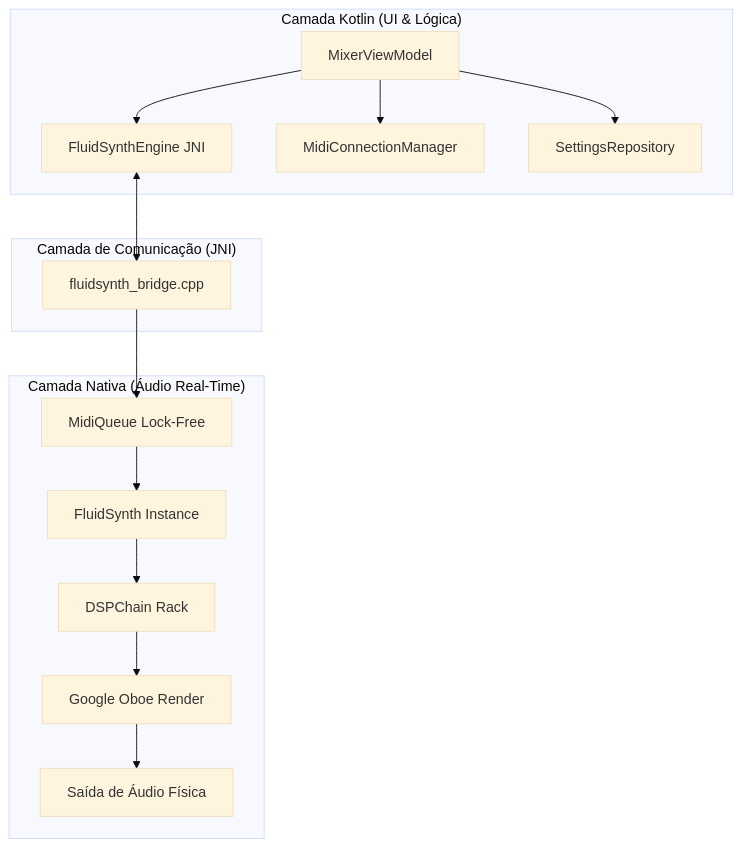
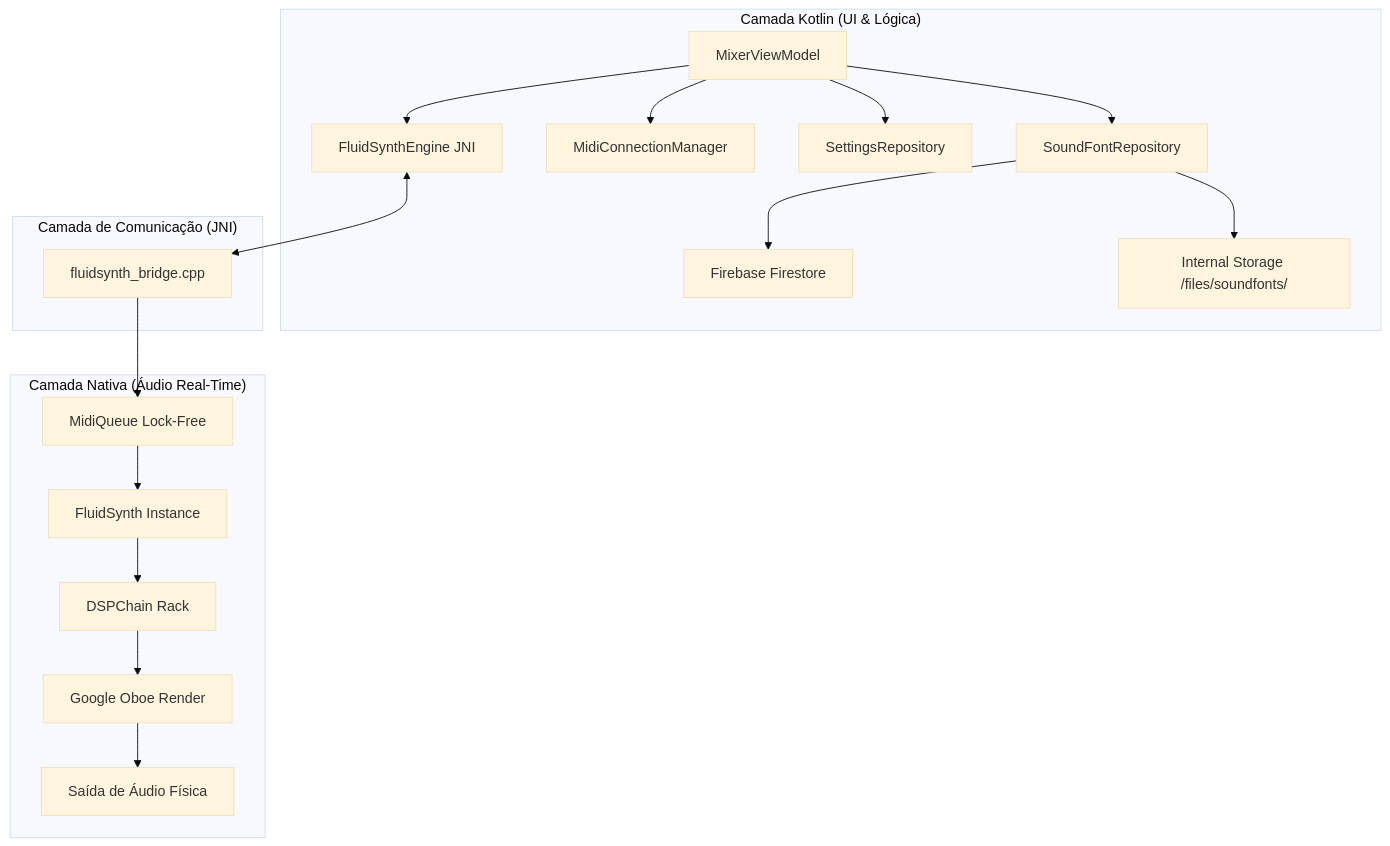
The first of 2 diagrams in docs/architecture.md (marceloferlan/StageMobile), drawn with Mermaid (base theme) before and after one commit. The commit also changed other lines of this file and 7 other files, not shown here.

````diff
--- a/docs/architecture.md
+++ b/docs/architecture.md
@@ -8,20 +8,23 @@
 ```mermaid
 graph TD
     subgraph "Camada Kotlin (UI & Lógica)"
         A[MixerViewModel] --> B[FluidSynthEngine JNI]
         A --> C[MidiConnectionManager]
         A --> D[SettingsRepository]
+        A --> K[SoundFontRepository]
+        K --> L[Firebase Firestore]
+        K --> M[Internal Storage /files/soundfonts/]
     end
 
     subgraph "Camada de Comunicação (JNI)"
         B <--> E[fluidsynth_bridge.cpp]
     end
 
     subgraph "Camada Nativa (Áudio Real-Time)"
         E --> F[MidiQueue Lock-Free]
         F --> G[FluidSynth Instance]
         G --> H[DSPChain Rack]
         H --> I[Google Oboe Render]
         I --> J[Saída de Áudio Física]
     end
 ```
````
